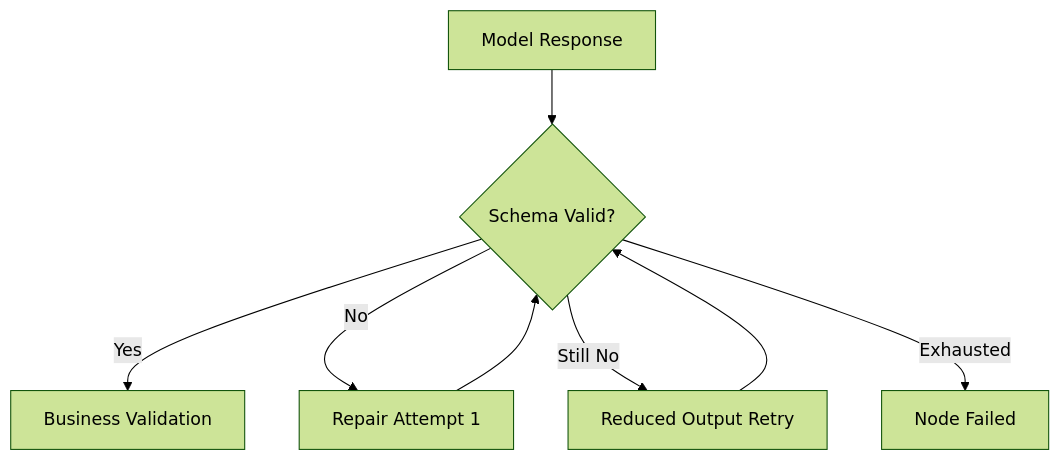
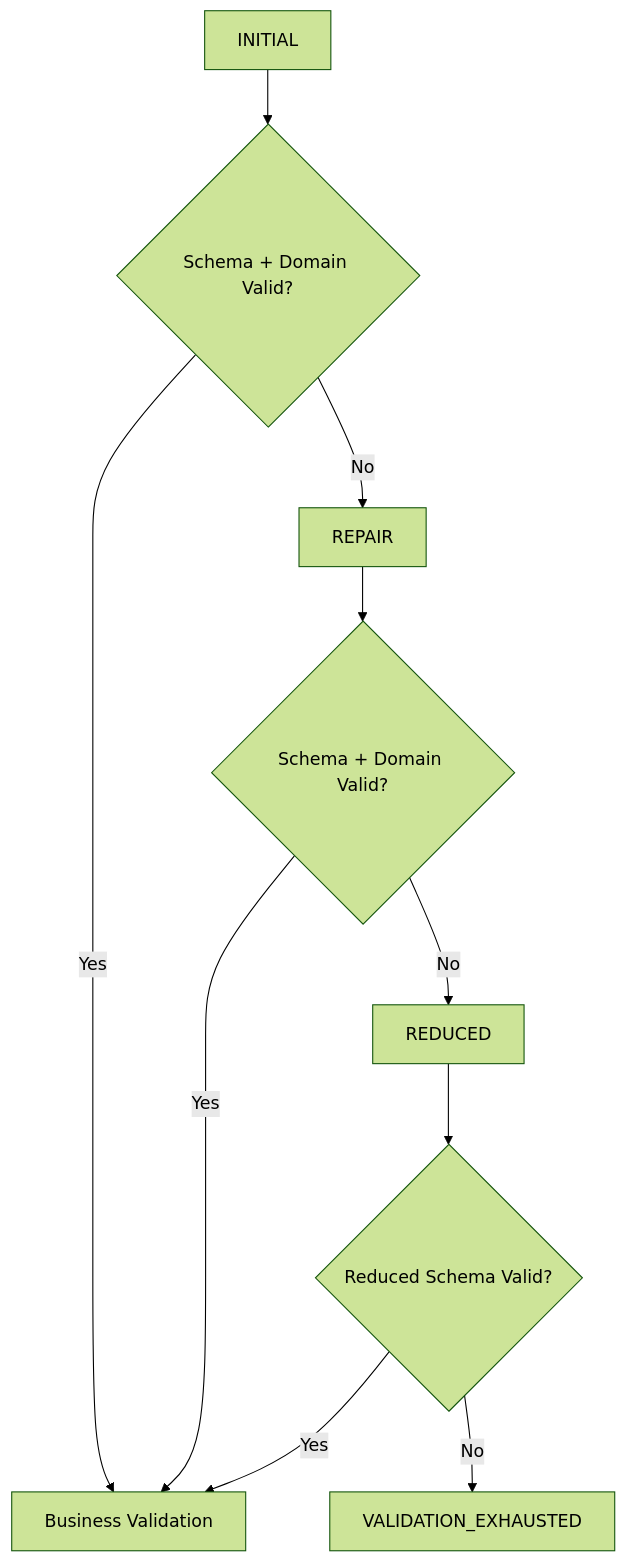
The second of 3 diagrams in docs/architecture/agent-rag-architecture.md (CodeZen-Lizhi/zhixu), drawn with Mermaid (forest theme) before and after one commit. The commit also changed other lines of this file and 103 other files, not shown here.

````diff
--- a/docs/architecture/agent-rag-architecture.md
+++ b/docs/architecture/agent-rag-architecture.md
@@ -84,10 +91,12 @@
 ```mermaid
 flowchart TD
-    A["Model Response"] --> B{"Schema Valid?"}
+    A["INITIAL"] --> B{"Schema + Domain Valid?"}
     B -->|"Yes"| C["Business Validation"]
-    B -->|"No"| D["Repair Attempt 1"]
-    D --> B
-    B -->|"Still No"| E["Reduced Output Retry"]
-    E --> B
-    B -->|"Exhausted"| F["Node Failed"]
+    B -->|"No"| D["REPAIR"]
+    D --> E{"Schema + Domain Valid?"}
+    E -->|"Yes"| C
+    E -->|"No"| F["REDUCED"]
+    F --> G{"Reduced Schema Valid?"}
+    G -->|"Yes"| C
+    G -->|"No"| H["VALIDATION_EXHAUSTED"]
 ```
````
